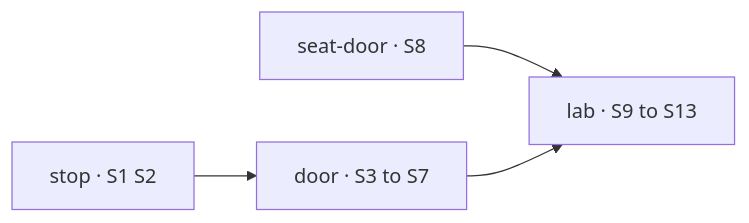
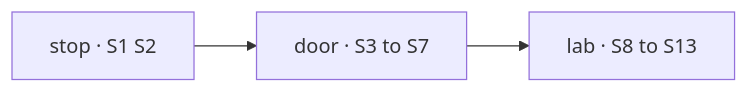
One commit to fixpoint-labs/flow-state-dev changed the diagram in specs/issues/FIX-1690/PLAN.md. Above: the diagram before and after it, drawn with Mermaid. The commit also changed other lines of this file and 3 other files, not shown here.

````diff
--- a/specs/issues/FIX-1690/PLAN.md
+++ b/specs/issues/FIX-1690/PLAN.md
@@ -34,6 +34,5 @@
 ```mermaid
 flowchart LR
   P1["stop · S1 S2"] --> P2["door · S3 to S7"]
-  P3["seat-door · S8"] --> P4["lab · S9 to S13"]
-  P2 --> P4
+  P2 --> P3["lab · S8 to S13"]
 ```
````
